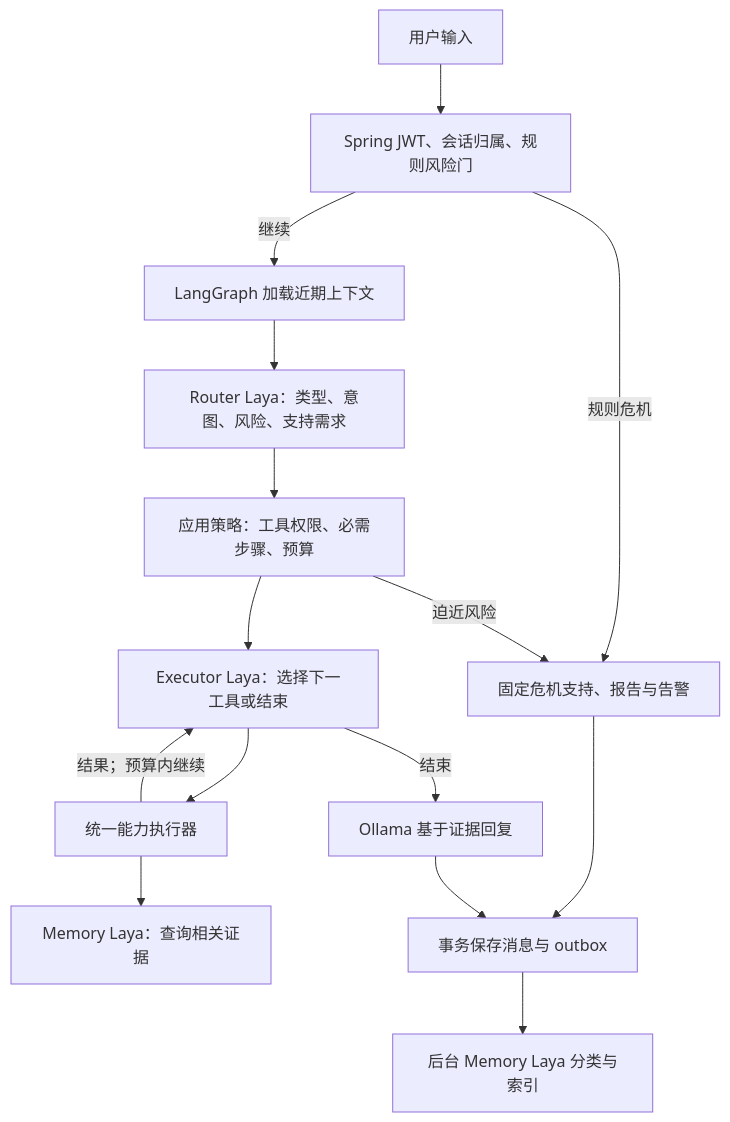
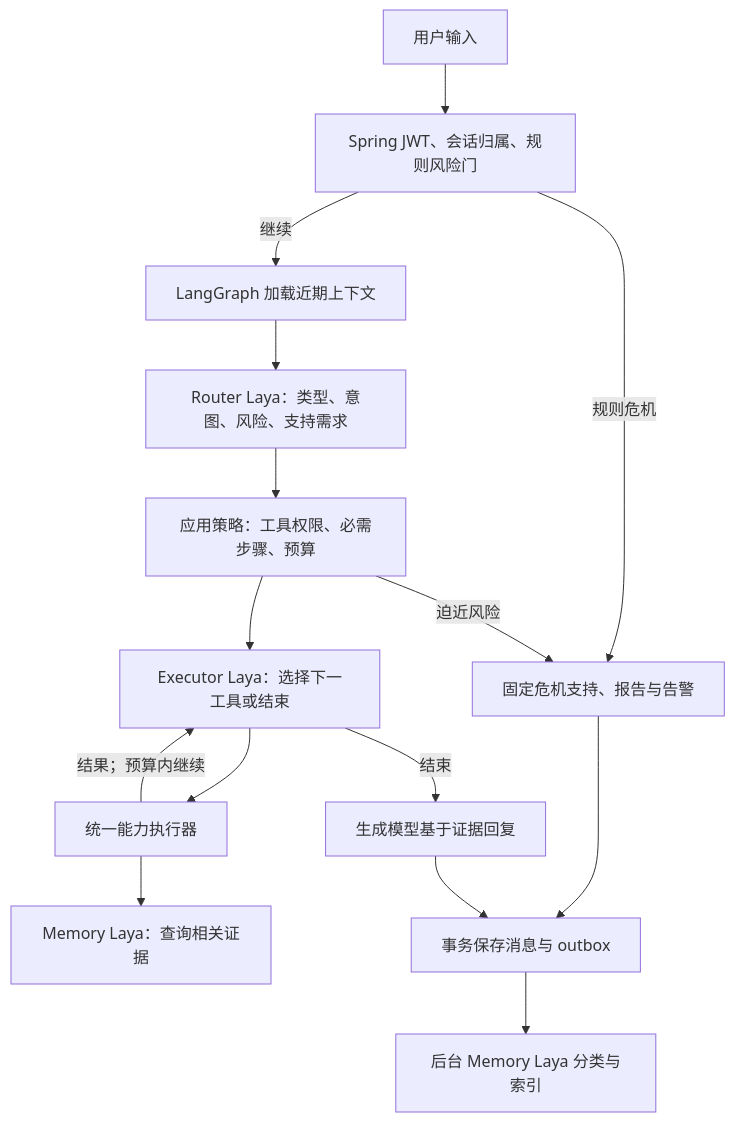
Before and after one commit to Vaniloo/psych-agent-engineering: the diagram in docs/architecture.md, drawn with Mermaid. The commit also changed other lines of this file and 82 other files, not shown here.

````diff
--- a/docs/architecture.md
+++ b/docs/architecture.md
@@ -5,17 +5,17 @@
 ```mermaid
 flowchart TD
     U[用户输入] --> J[Spring JWT、会话归属、规则风险门]
     J -->|规则危机| C[固定危机支持、报告与告警]
     J -->|继续| G[LangGraph 加载近期上下文]
     G --> R[Router Laya：类型、意图、风险、支持需求]
     R --> P[应用策略：工具权限、必需步骤、预算]
     P -->|迫近风险| C
     P --> E[Executor Laya：选择下一工具或结束]
     E --> T[统一能力执行器]
     T -->|结果；预算内继续| E
     T --> M[Memory Laya：查询相关证据]
-    E -->|结束| O[Ollama 基于证据回复]
+    E -->|结束| O[生成模型基于证据回复]
     C --> S[事务保存消息与 outbox]
     O --> S
     S --> A[后台 Memory Laya 分类与索引]
 ```
````
